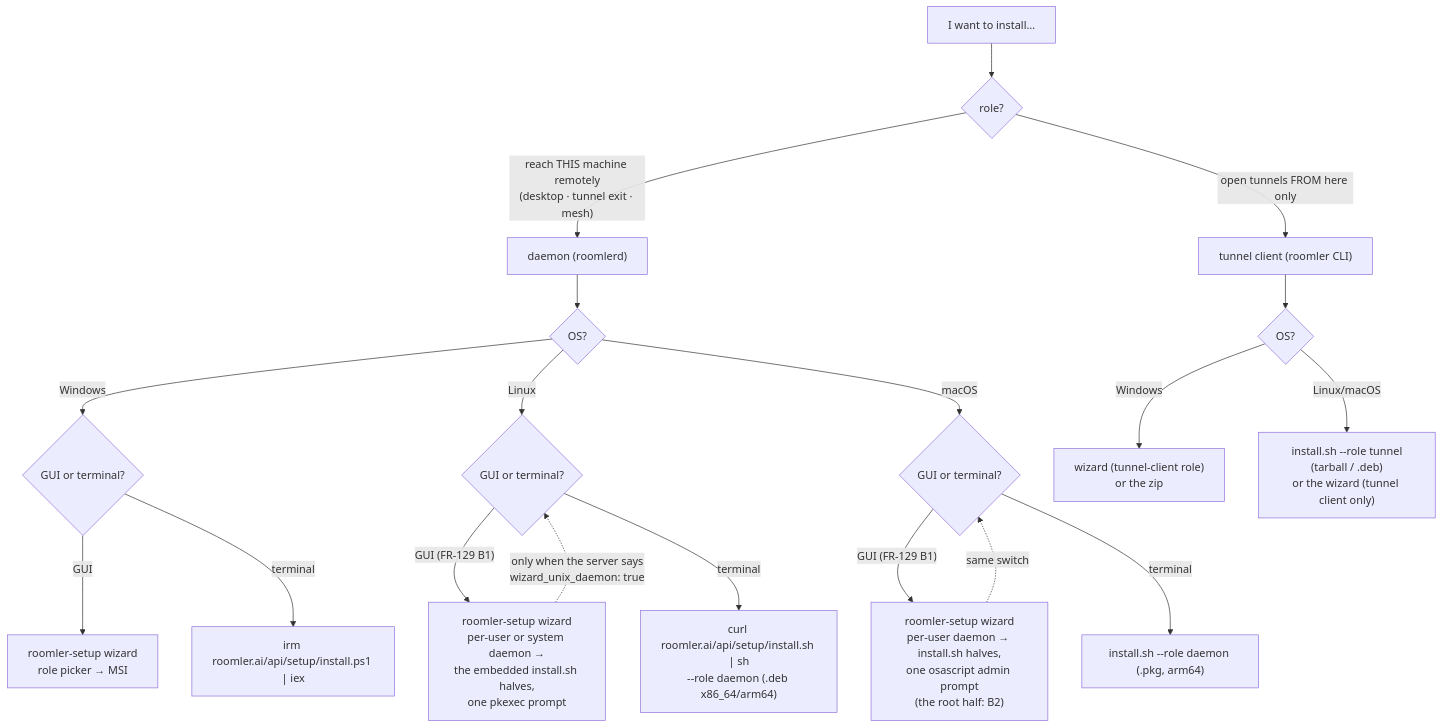
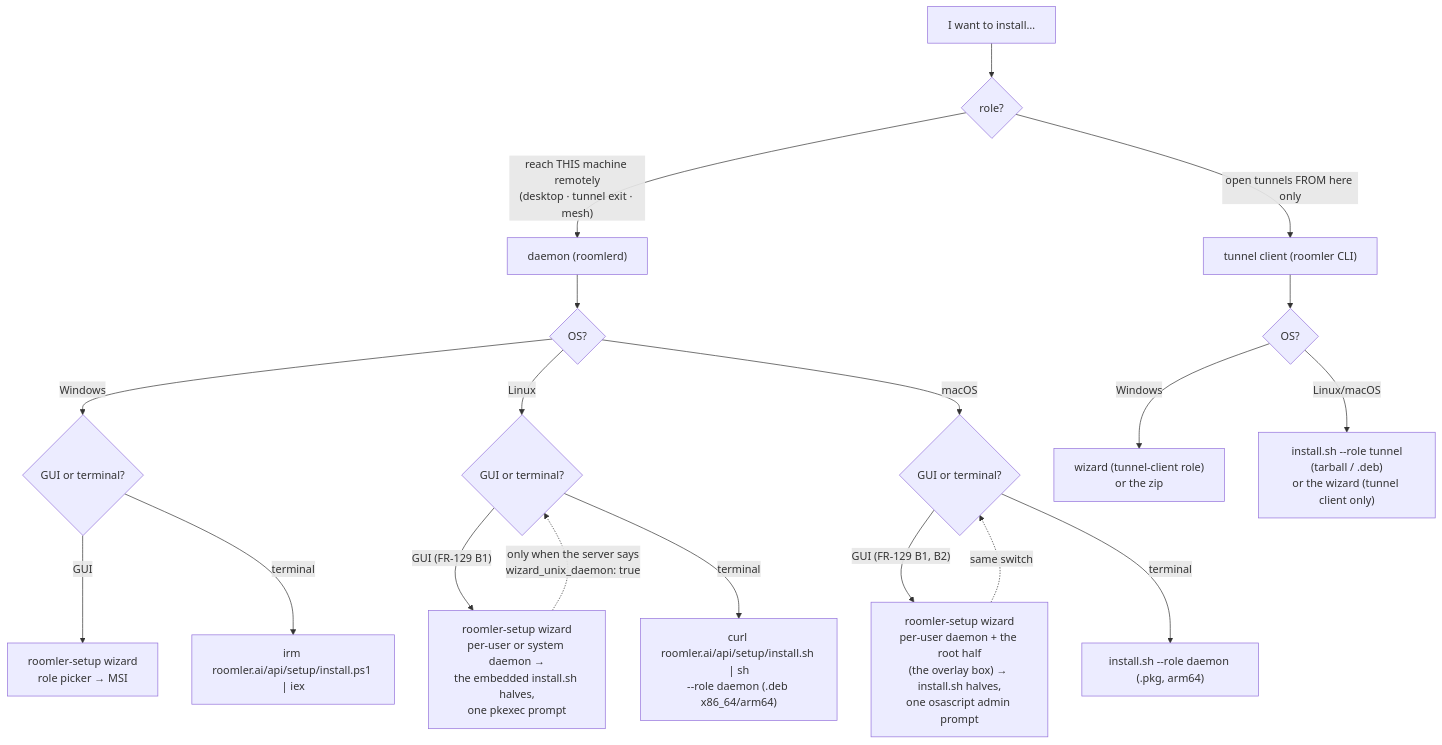
Before and after one commit to gjovanov/roomler-ai: the first of 9 diagrams in docs/installation.md, drawn with Mermaid. The commit also changed other lines of this file and 2 other files, not shown here.

````diff
--- a/docs/installation.md
+++ b/docs/installation.md
@@ -11,23 +11,23 @@
 ```mermaid
 flowchart TB
     START["I want to install…"] --> ROLE{"role?"}
     ROLE -->|"reach THIS machine remotely<br/>(desktop · tunnel exit · mesh)"| DAEMON["daemon (roomlerd)"]
     ROLE -->|"open tunnels FROM here only"| TC["tunnel client (roomler CLI)"]
 
     DAEMON --> OS1{"OS?"}
     OS1 -->|Windows| WGUI{"GUI or terminal?"}
     WGUI -->|GUI| WIZ["roomler-setup wizard<br/>role picker → MSI"]
     WGUI -->|terminal| PS1["irm roomler.ai/api/setup/install.ps1 | iex"]
     OS1 -->|Linux| LGUI{"GUI or terminal?"}
     LGUI -->|"GUI (FR-129 B1)"| LWIZ["roomler-setup wizard<br/>per-user or system daemon →<br/>the embedded install.sh halves,<br/>one pkexec prompt"]
     LGUI -->|terminal| SH["curl roomler.ai/api/setup/install.sh | sh<br/>--role daemon (.deb x86_64/arm64)"]
     OS1 -->|macOS| MGUI{"GUI or terminal?"}
-    MGUI -->|"GUI (FR-129 B1)"| MWIZ["roomler-setup wizard<br/>per-user daemon → install.sh halves,<br/>one osascript admin prompt<br/>(the root half: B2)"]
+    MGUI -->|"GUI (FR-129 B1, B2)"| MWIZ["roomler-setup wizard<br/>per-user daemon + the root half<br/>(the overlay box) → install.sh halves,<br/>one osascript admin prompt"]
     MGUI -->|terminal| PKG["install.sh --role daemon (.pkg, arm64)"]
     LWIZ -.->|"only when the server says<br/>wizard_unix_daemon: true"| LGUI
     MWIZ -.->|"same switch"| MGUI
 
     TC --> OS2{"OS?"}
     OS2 -->|Windows| TCW["wizard (tunnel-client role)<br/>or the zip"]
     OS2 -->|Linux/macOS| TCU["install.sh --role tunnel<br/>(tarball / .deb)<br/>or the wizard (tunnel client only)"]
 ```
````
